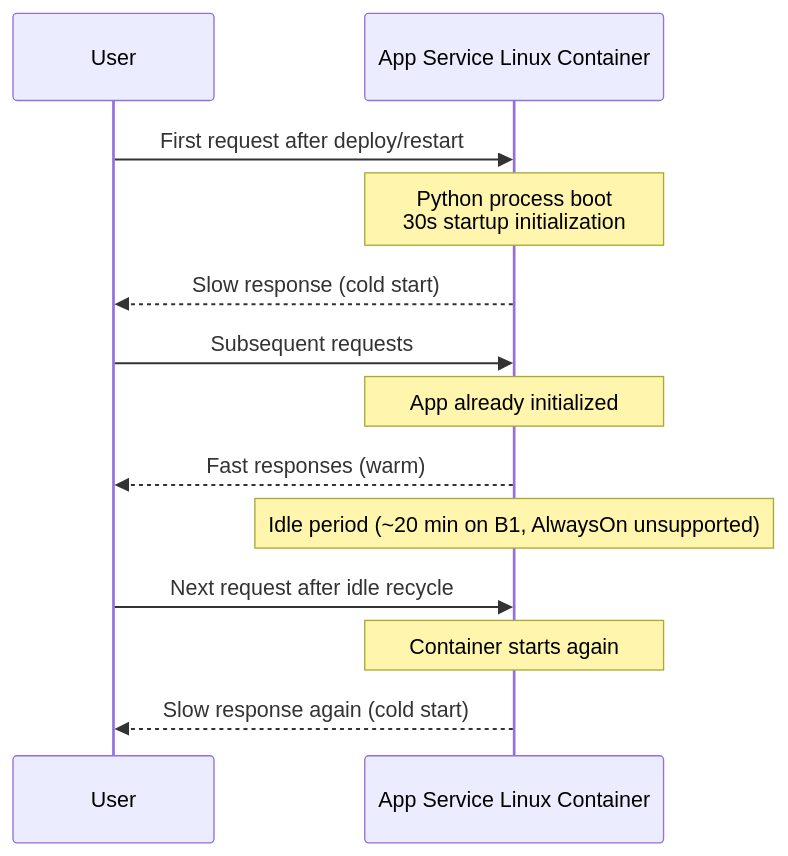
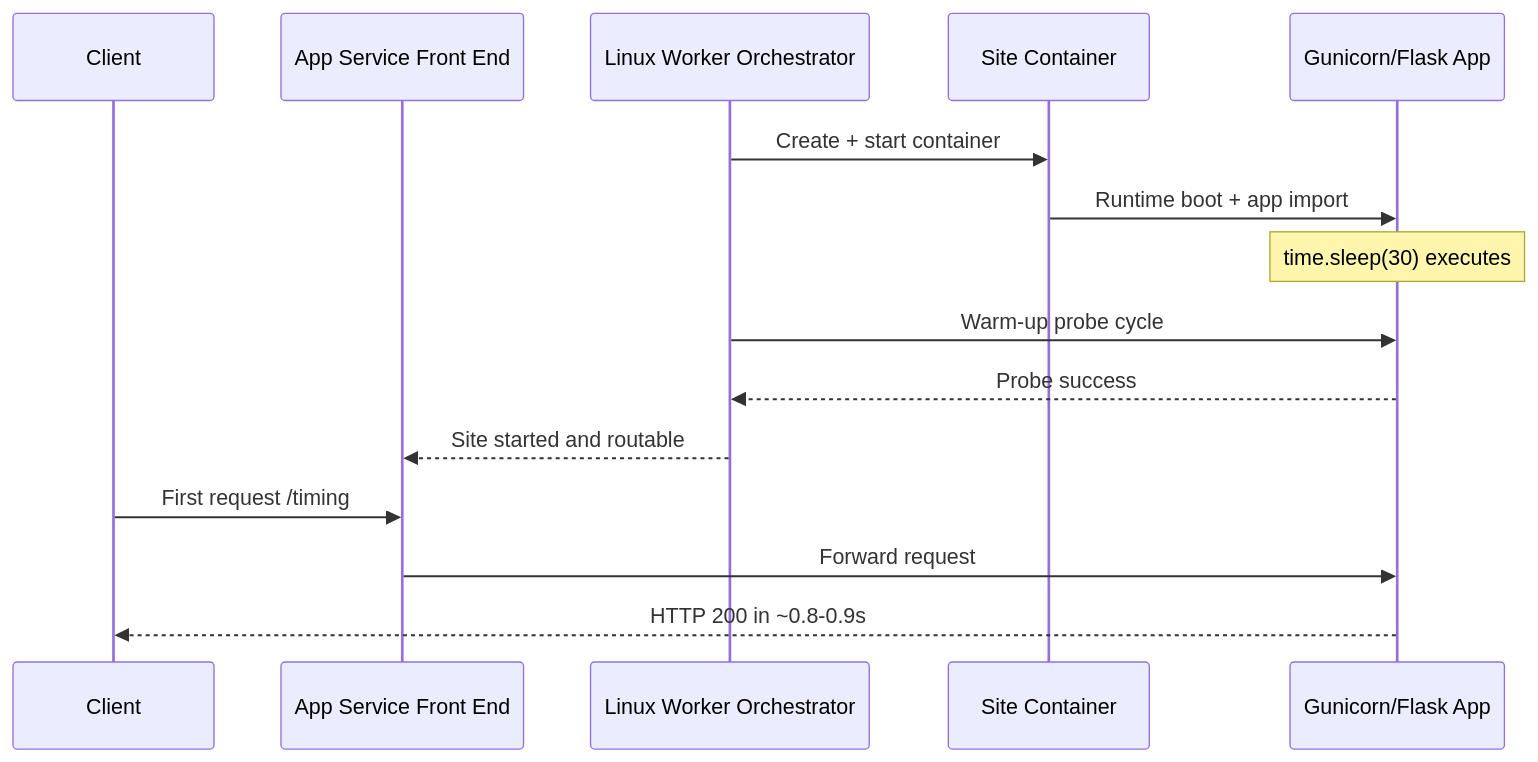
One commit to yeongseon/azure-app-service-practical-guide changed the second of 4 diagrams in docs/troubleshooting/lab-guides/slow-start-cold-start.md. Above: the diagram before and after it, drawn with Mermaid. The commit also changed other lines of this file and 327 other files, not shown here.

````diff
--- a/docs/troubleshooting/lab-guides/slow-start-cold-start.md
+++ b/docs/troubleshooting/lab-guides/slow-start-cold-start.md
@@ -46,18 +98,18 @@
 ```mermaid
 sequenceDiagram
-    participant U as User
-    participant A as App Service Linux Container
+    participant Client as Client
+    participant FrontEnd as App Service Front End
+    participant Platform as Linux Worker Orchestrator
+    participant Container as Site Container
+    participant App as Gunicorn/Flask App
 
-    U->>A: First request after deploy/restart
-    Note over A: Python process boot<br/>30s startup initialization
-    A-->>U: Slow response (cold start)
-
-    U->>A: Subsequent requests
-    Note over A: App already initialized
-    A-->>U: Fast responses (warm)
-
-    Note over A: Idle period (~20 min on B1, AlwaysOn unsupported)
-    U->>A: Next request after idle recycle
-    Note over A: Container starts again
-    A-->>U: Slow response again (cold start)
+    Platform->>Container: Create + start container
+    Container->>App: Runtime boot + app import
+    Note over App: time.sleep(30) executes
+    Platform->>App: Warm-up probe cycle
+    App-->>Platform: Probe success
+    Platform-->>FrontEnd: Site started and routable
+    Client->>FrontEnd: First request /timing
+    FrontEnd->>App: Forward request
+    App-->>Client: HTTP 200 in ~0.8-0.9s
 ```
````
